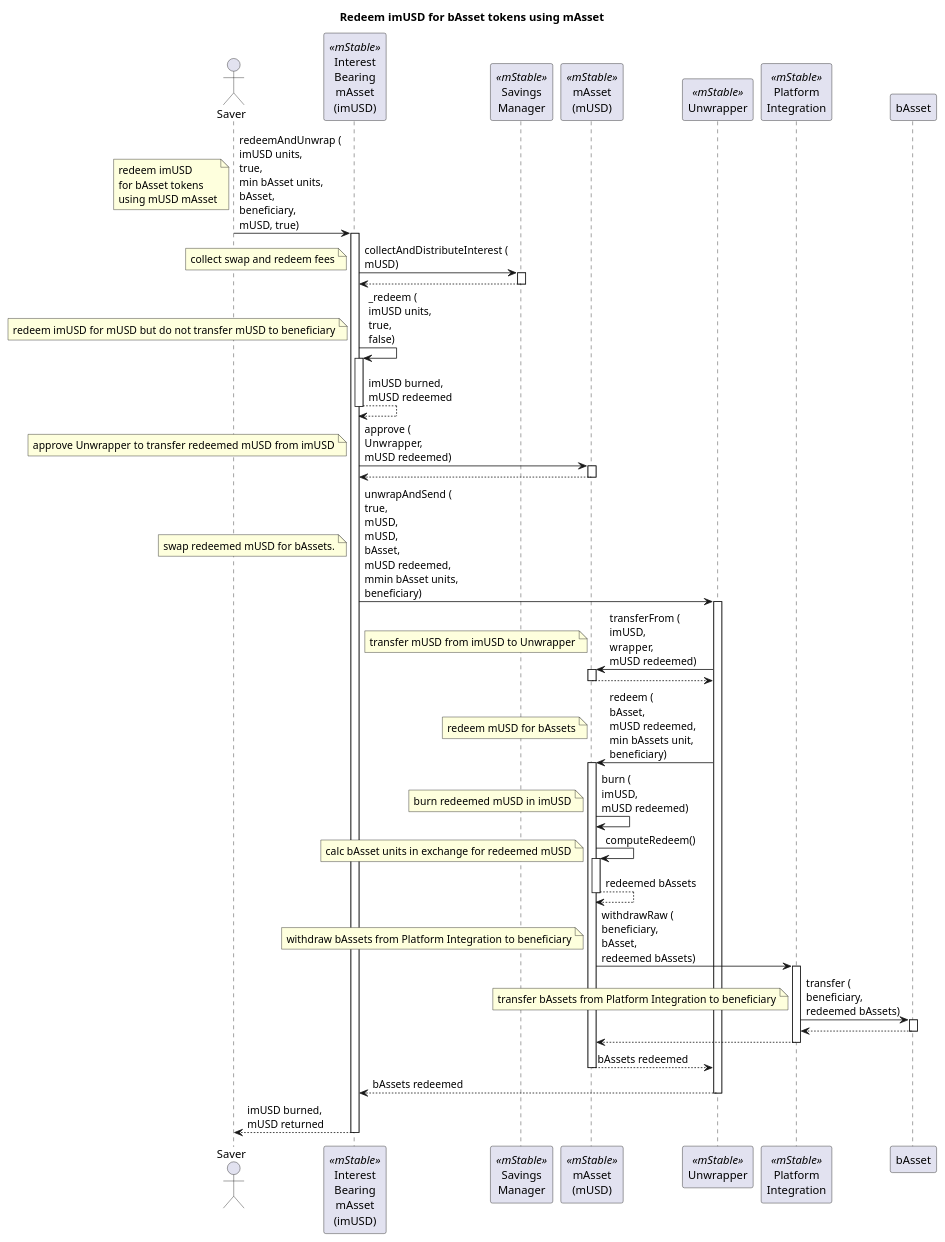
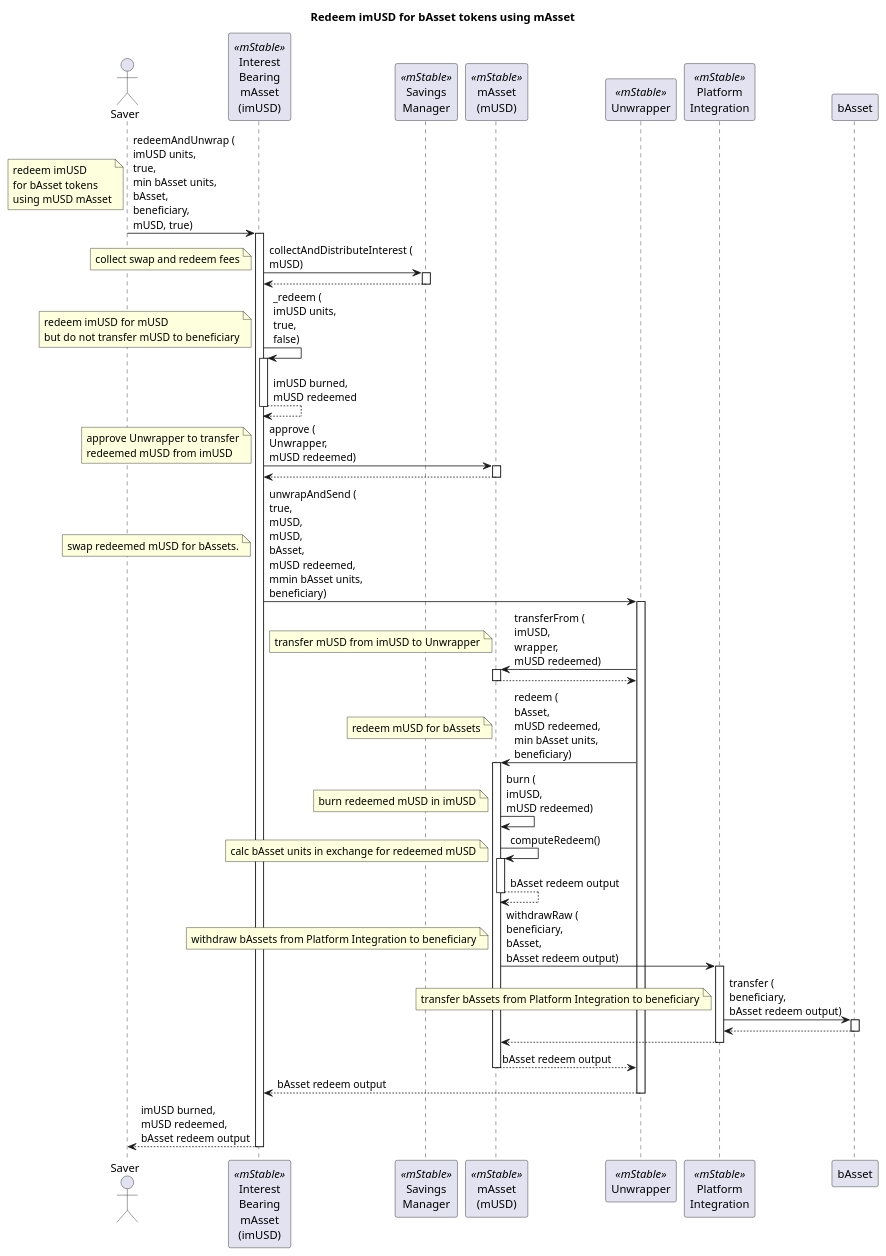
One commit to mstable/mStable-process-docs changed the diagram in unwrapper/imusd_bassets.puml. Above: the diagram before and after it, drawn with PlantUML. The commit also changed 7 other files, not shown here.

```diff
--- a/unwrapper/imusd_bassets.puml
+++ b/unwrapper/imusd_bassets.puml
@@ -1,61 +1,61 @@
 @startuml
 
 title "Redeem imUSD for bAsset tokens using mAsset"
 
 actor "Saver" as user
 participant "Interest\nBearing\nmAsset\n(imUSD)" as imusd <<mStable>>
 participant "Savings\nManager" as sm <<mStable>>
 participant "mAsset\n(mUSD)" as musd <<mStable>>
 participant "Unwrapper" as wrapper <<mStable>>
 participant "Platform\nIntegration" as pi <<mStable>>
 
 user -> imusd : redeemAndUnwrap (\nimUSD units,\ntrue,\nmin bAsset units,\nbAsset,\nbeneficiary,\nmUSD, true)
 activate imusd
 note left: redeem imUSD\nfor bAsset tokens\nusing mUSD mAsset
 
 imusd -> sm : collectAndDistributeInterest (\nmUSD)
 activate sm
 note left: collect swap and redeem fees
 return
 
 imusd -> imusd : _redeem (\nimUSD units,\ntrue,\nfalse)
 activate imusd
-note left: redeem imUSD for mUSD but do not transfer mUSD to beneficiary
+note left: redeem imUSD for mUSD\nbut do not transfer mUSD to beneficiary
 return imUSD burned,\nmUSD redeemed
 
 imusd -> musd : approve (\nUnwrapper,\nmUSD redeemed)
 activate musd
-note left: approve Unwrapper to transfer redeemed mUSD from imUSD
+note left: approve Unwrapper to transfer\nredeemed mUSD from imUSD
 return
 
 imusd -> wrapper : unwrapAndSend (\ntrue,\nmUSD,\nmUSD,\nbAsset,\nmUSD redeemed,\nmmin bAsset units,\nbeneficiary)
 activate wrapper
 note left: swap redeemed mUSD for bAssets.
 wrapper -> musd : transferFrom (\nimUSD,\nwrapper,\nmUSD redeemed)
 activate musd 
 note left: transfer mUSD from imUSD to Unwrapper
 return
-wrapper -> musd : redeem (\nbAsset,\nmUSD redeemed,\nmin bAssets unit,\nbeneficiary)
+wrapper -> musd : redeem (\nbAsset,\nmUSD redeemed,\nmin bAsset units,\nbeneficiary)
 activate musd
 note left: redeem mUSD for bAssets
 musd -> musd : burn (\nimUSD,\nmUSD redeemed)
 note left: burn redeemed mUSD in imUSD
 musd -> musd : computeRedeem()
 activate musd 
 note left: calc bAsset units in exchange for redeemed mUSD
-return redeemed bAssets
-musd -> pi : withdrawRaw (\nbeneficiary,\nbAsset,\nredeemed bAssets)
+return bAsset redeem output
+musd -> pi : withdrawRaw (\nbeneficiary,\nbAsset,\nbAsset redeem output)
 activate pi
 note left: withdraw bAssets from Platform Integration to beneficiary
-pi -> bAsset : transfer (\nbeneficiary,\nredeemed bAssets)
+pi -> bAsset : transfer (\nbeneficiary,\nbAsset redeem output)
 activate bAsset
 note left: transfer bAssets from Platform Integration to beneficiary
 return
 return
-return bAssets redeemed
+return bAsset redeem output
 
-return bAssets redeemed
+return bAsset redeem output
 
-return imUSD burned,\nmUSD returned
+return imUSD burned,\nmUSD redeemed,\nbAsset redeem output
 
 @enduml
```
